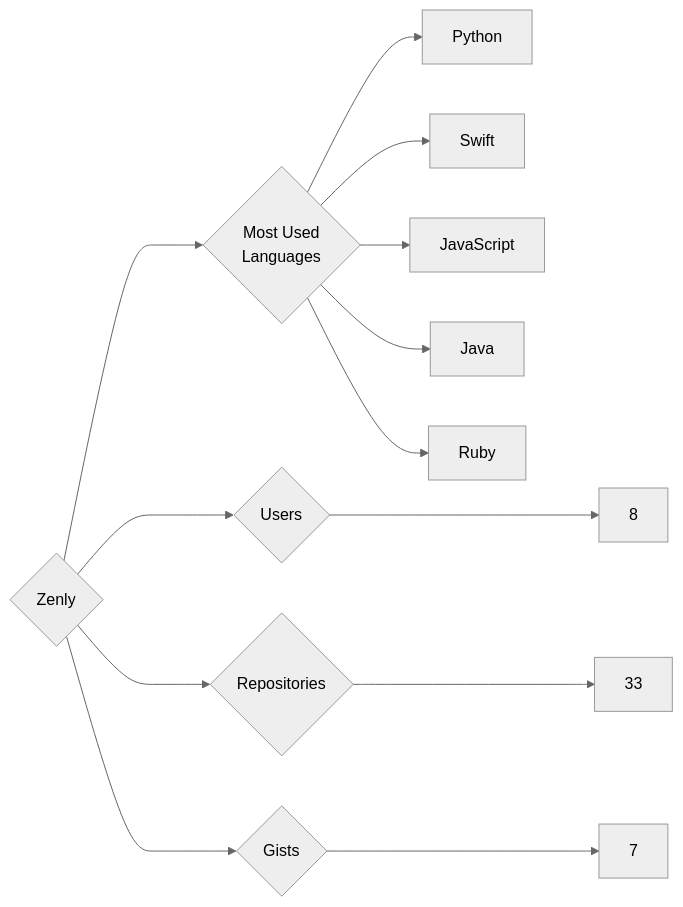
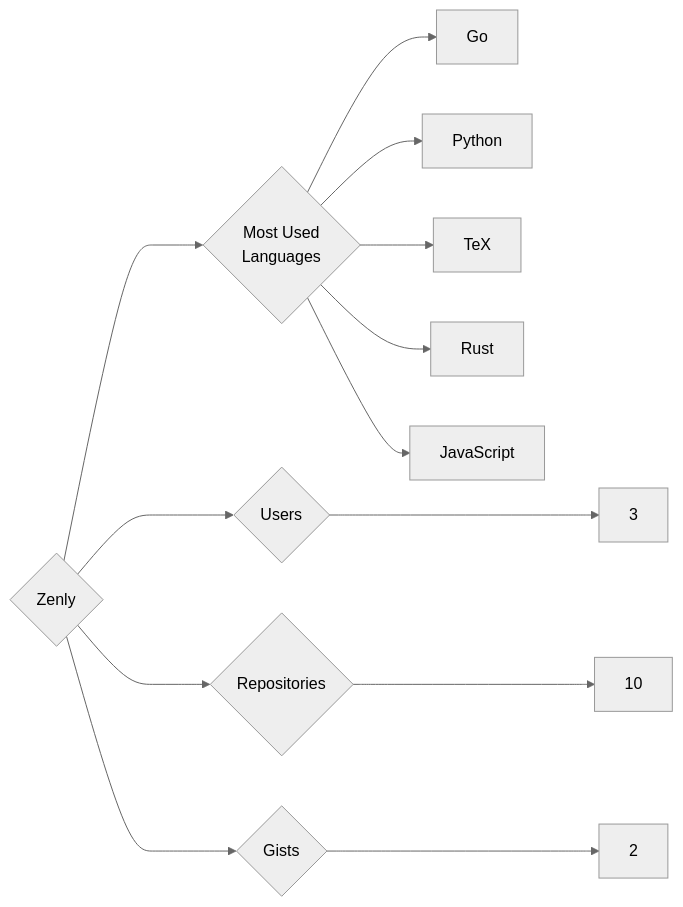
One commit to trickest/insiders changed the diagram in targets/Zenly/README.md. Above: the diagram before and after it, drawn with Mermaid (neutral theme). The commit also changed 839 other files, not shown here.

````diff
--- a/targets/Zenly/README.md
+++ b/targets/Zenly/README.md
@@ -3,13 +3,13 @@
 ```mermaid
 graph LR
 COMPANY_NAME{Zenly}
-COMPANY_NAME ---> U{Users} ---> UN[8]
-COMPANY_NAME ---> R{Repositories} ---> RN[33]
-COMPANY_NAME ---> G{Gists} ---> GN[7]
+COMPANY_NAME ---> U{Users} ---> UN[3]
+COMPANY_NAME ---> R{Repositories} ---> RN[10]
+COMPANY_NAME ---> G{Gists} ---> GN[2]
 COMPANY_NAME ---> ML{Most Used<br>Languages}
+ML --> Go[Go]
 ML --> Python[Python]
-ML --> Swift[Swift]
+ML --> TeX[TeX]
+ML --> Rust[Rust]
 ML --> JavaScript[JavaScript]
-ML --> Java[Java]
-ML --> Ruby[Ruby]
 ```
````
